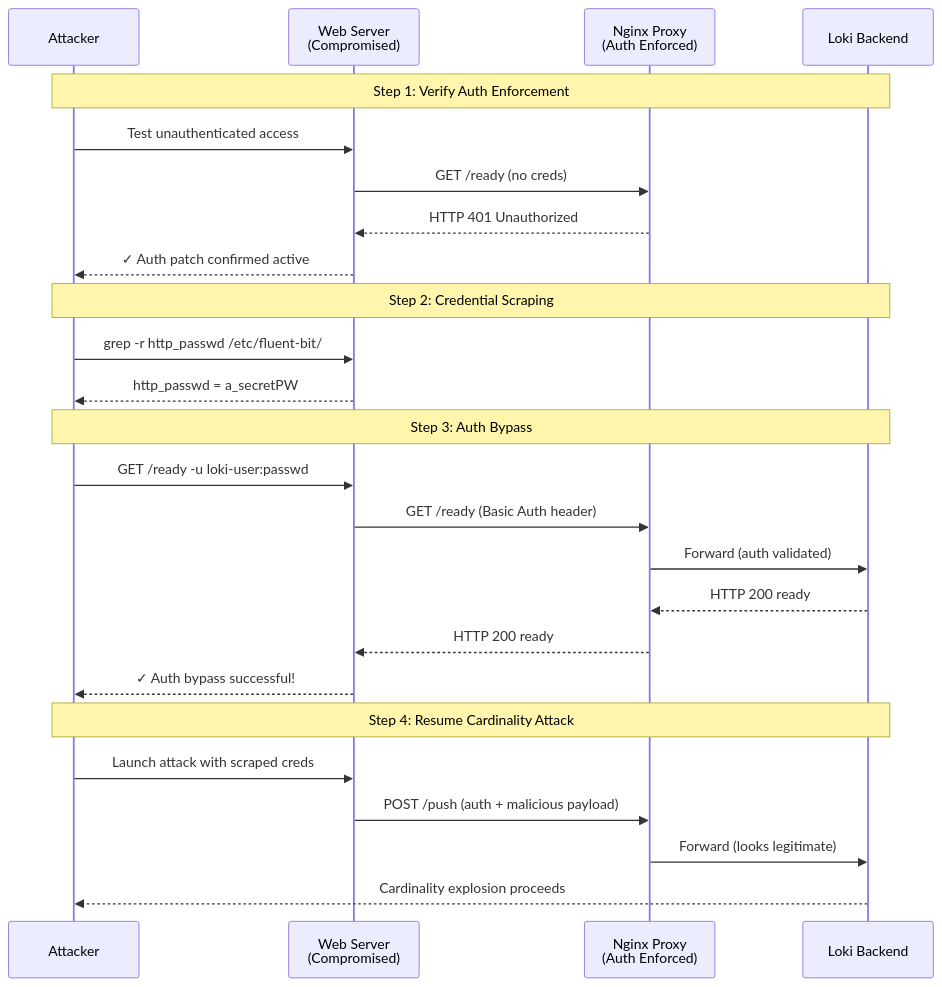
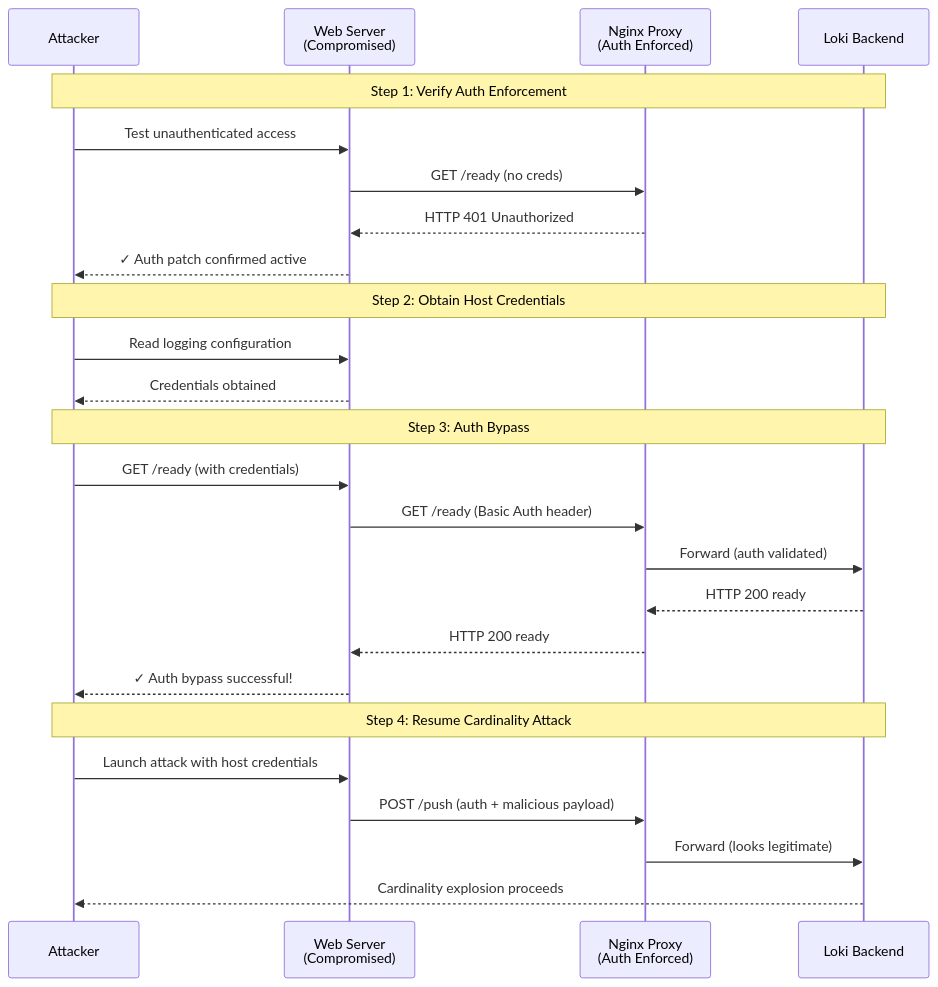
One commit to davidseitz/SichereDMZ changed the seventh of 8 diagrams in attacks/docs/LOKI_ATTACK_DOCUMENTATION.md. Above: the diagram before and after it, drawn with Mermaid. The commit also changed other lines of this file, not shown here.

Commit message:
Loki Attack documentation

````diff
--- a/attacks/docs/LOKI_ATTACK_DOCUMENTATION.md
+++ b/attacks/docs/LOKI_ATTACK_DOCUMENTATION.md
@@ -661,31 +652,31 @@
 ```mermaid
 sequenceDiagram
     participant ATK as Attacker
     participant WEB as Web Server<br/>(Compromised)
     participant PROXY as Nginx Proxy<br/>(Auth Enforced)
     participant LOKI as Loki Backend
     
     Note over ATK,LOKI: Step 1: Verify Auth Enforcement
     ATK->>WEB: Test unauthenticated access
     WEB->>PROXY: GET /ready (no creds)
     PROXY-->>WEB: HTTP 401 Unauthorized
     WEB-->>ATK: ✓ Auth patch confirmed active
     
-    Note over ATK,LOKI: Step 2: Credential Scraping
-    ATK->>WEB: grep -r http_passwd /etc/fluent-bit/
-    WEB-->>ATK: http_passwd = a_secretPW#15secEt
+    Note over ATK,LOKI: Step 2: Obtain Host Credentials
+    ATK->>WEB: Read logging configuration
+    WEB-->>ATK: Credentials obtained
     
     Note over ATK,LOKI: Step 3: Auth Bypass
-    ATK->>WEB: GET /ready -u loki-user:passwd
+    ATK->>WEB: GET /ready (with credentials)
     WEB->>PROXY: GET /ready (Basic Auth header)
     PROXY->>LOKI: Forward (auth validated)
     LOKI-->>PROXY: HTTP 200 ready
     PROXY-->>WEB: HTTP 200 ready
     WEB-->>ATK: ✓ Auth bypass successful!
     
     Note over ATK,LOKI: Step 4: Resume Cardinality Attack
-    ATK->>WEB: Launch attack with scraped creds
+    ATK->>WEB: Launch attack with host credentials
     WEB->>PROXY: POST /push (auth + malicious payload)
     PROXY->>LOKI: Forward (looks legitimate)
     LOKI-->>ATK: Cardinality explosion proceeds
 ```
````
